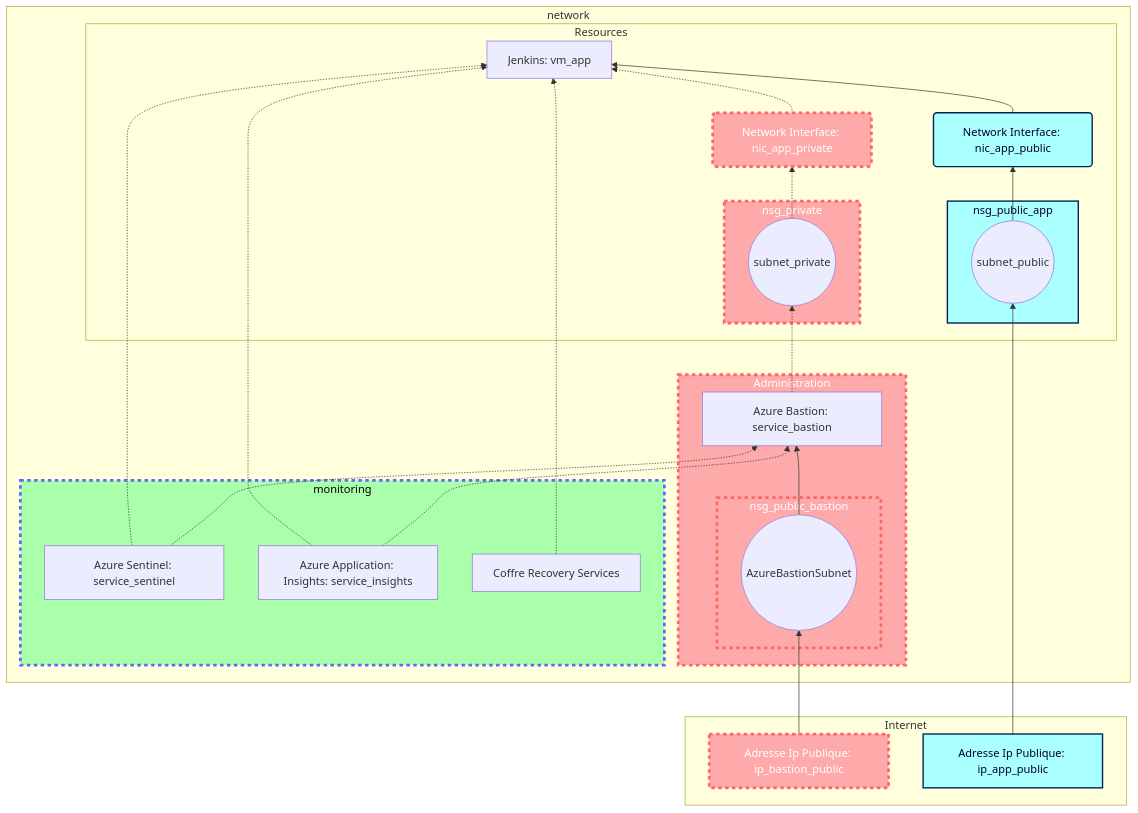
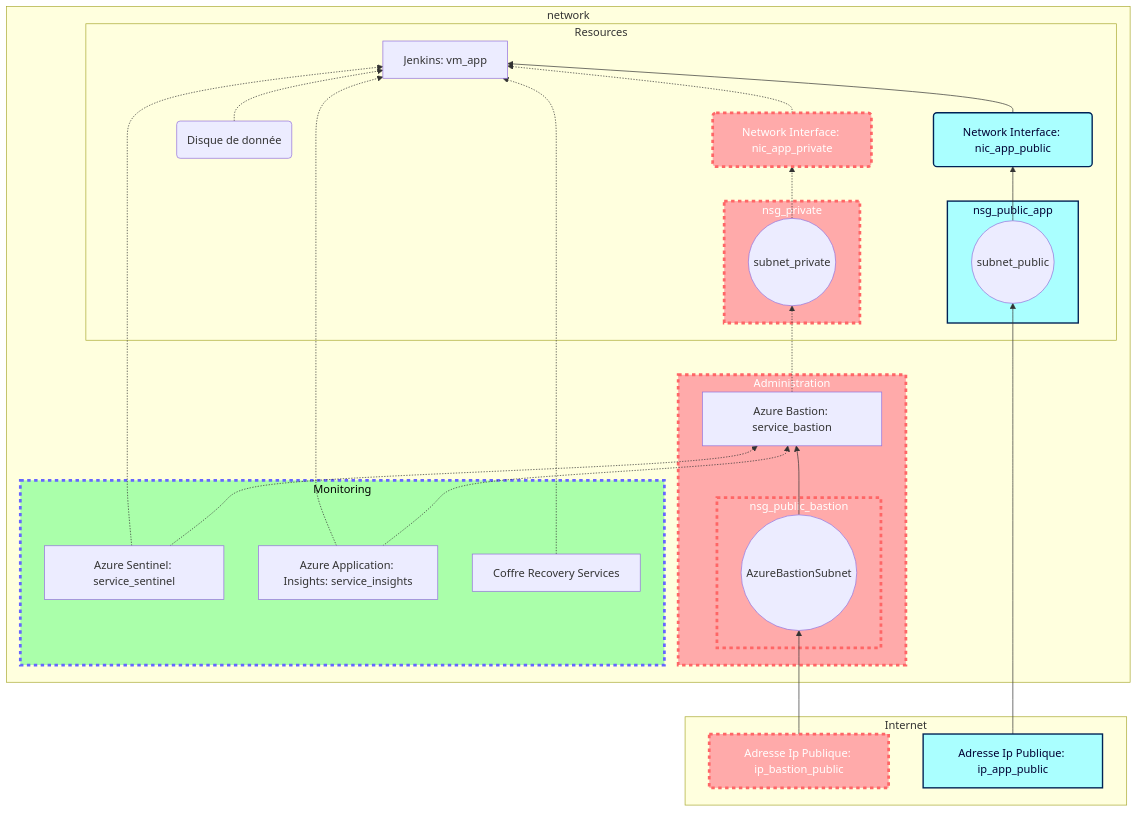
One commit to b-quentin/simplon_brief3 changed the diagram in README.md. Above: the diagram before and after it, drawn with Mermaid. The commit also changed other lines of this file and 2 other files, not shown here.

````diff
--- a/README.md
+++ b/README.md
@@ -11,70 +11,73 @@
 ```mermaid
 graph BT
     subgraph Internet
         ip_bastion_public[Adresse Ip Publique: ip_bastion_public]
         ip_app_public[Adresse Ip Publique: ip_app_public]
     end
 
 
     ip_bastion_public --> subnet_bastion
     ip_app_public --> subnet_public_app
 
     subnet_public_app --> nic_app_public
     subnet_bastion --> service_bastion
 
 
 
 
     subgraph network
         subgraph Administration
             subgraph nsg_public_bastion
                 subnet_bastion((AzureBastionSubnet))
             end
 
             service_bastion[Azure Bastion: service_bastion]
 
         end
 
-        subgraph monitoring
+        subgraph monitoring[Monitoring]
             service_sentinel[Azure Sentinel: service_sentinel]
             service_insights[Azure Application: Insights: service_insights]
             service_vault[Coffre Recovery Services]
         end
 
         subgraph Resources
             subgraph nsg_private
                 subnet_private((subnet_private))
             end
 
             subgraph nsg_public_app
-                    subnet_public_app((subnet_public))
+
+            subnet_public_app((subnet_public))
             end
+
+            disk(Disque de donnée)
 
             vm_app[Jenkins: vm_app]
             nic_app_public(Network Interface: nic_app_public)
             nic_app_private(Network Interface: nic_app_private)
 
             service_vault -.-> vm_app
-
+            disk -.-> vm_app
             service_bastion -.-> subnet_private
             subnet_private -.-> nic_app_private
             nic_app_private -.-> vm_app
 
             service_sentinel -.-> vm_app
             service_sentinel -.-> service_bastion
 
             service_insights -.-> vm_app
             service_insights -.-> service_bastion
         end
 
         nic_app_public --> vm_app
     end
 
     classDef primary fill:#faa,stroke:#f66,stroke-width:4px,color:#fff,stroke-dasharray: 5 5;
     class ip_bastion_public,Administration,nsg_public_bastion,nsg_private,nic_app_private, primary;
     classDef secondary fill:#aff,stroke:#025,stroke-width:2px,color:#003;
     class ip_app_public,nsg_public_app,nic_app_public, secondary;
     classDef tertiary fill:#afa,stroke:#66f,stroke-width:4px,color:#000,stroke-dasharray: 5 5;
     class monitoring,BBBB,CCCC, tertiary;
 
 ```
````
